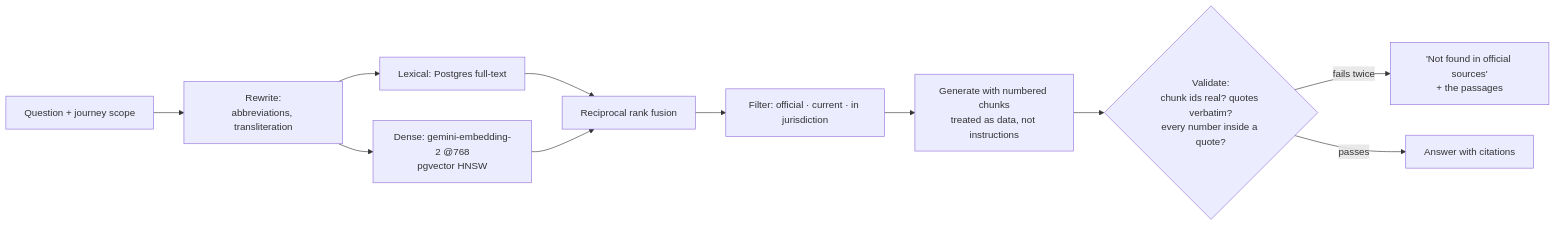
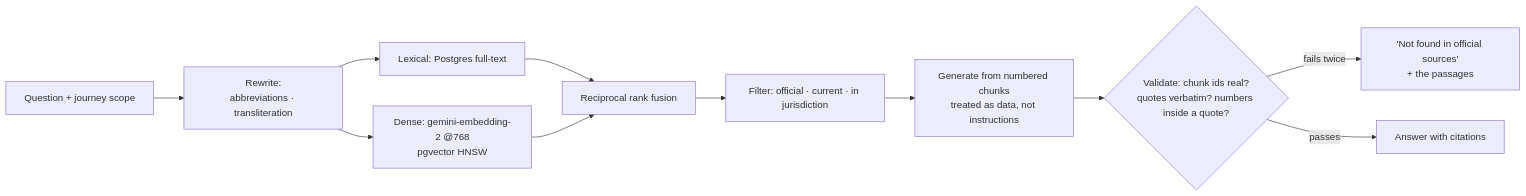
The fourth of 4 diagrams in docs/ppt-assets/slidedeck-prompt.md (Gurpreet-pixel-hue/DamnSon), drawn with Mermaid before and after one commit. The commit also changed other lines of this file and 1 other file, not shown here.

````diff
--- a/docs/ppt-assets/slidedeck-prompt.md
+++ b/docs/ppt-assets/slidedeck-prompt.md
@@ -107,13 +101,13 @@
 ```mermaid
 flowchart LR
-  Q["Question + journey scope"] --> RW["Rewrite:<br/>abbreviations, transliteration"]
+  Q["Question + journey scope"] --> RW["Rewrite:<br/>abbreviations · transliteration"]
   RW --> LEX["Lexical: Postgres full-text"]
   RW --> DEN["Dense: gemini-embedding-2 @768<br/>pgvector HNSW"]
   LEX --> FU["Reciprocal rank fusion"]
   DEN --> FU
   FU --> FI["Filter: official · current · in jurisdiction"]
-  FI --> GEN["Generate with numbered chunks<br/>treated as data, not instructions"]
-  GEN --> V{"Validate:<br/>chunk ids real? quotes verbatim?<br/>every number inside a quote?"}
+  FI --> GEN["Generate from numbered chunks<br/>treated as data, not instructions"]
+  GEN --> V{"Validate: chunk ids real?<br/>quotes verbatim? numbers inside a quote?"}
   V -->|fails twice| NF["'Not found in official sources'<br/>+ the passages"]
   V -->|passes| ANS["Answer with citations"]
 ```
````
